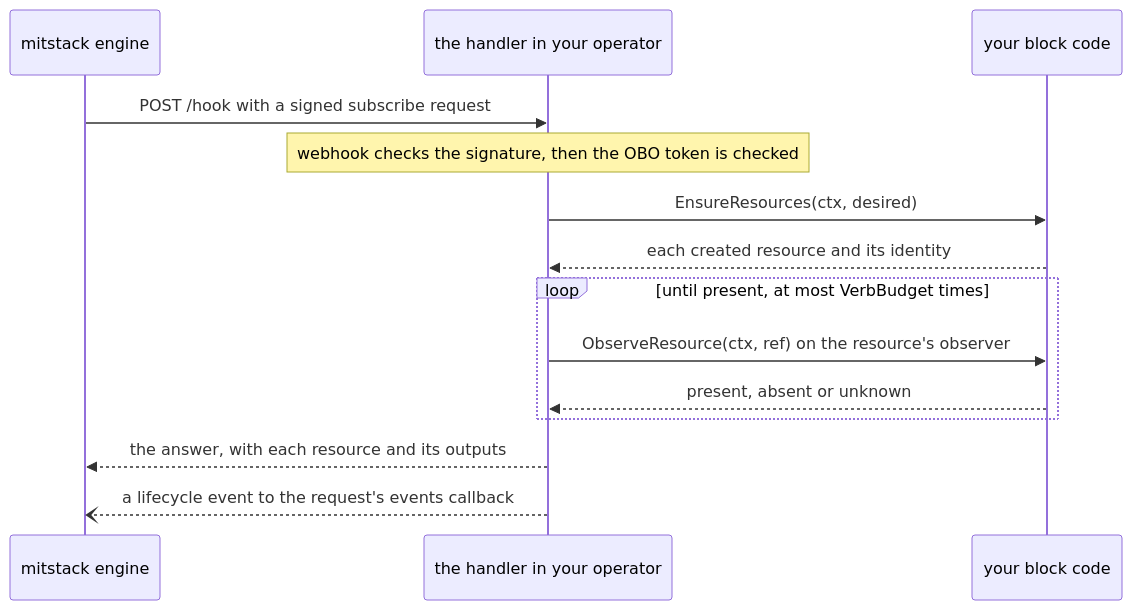
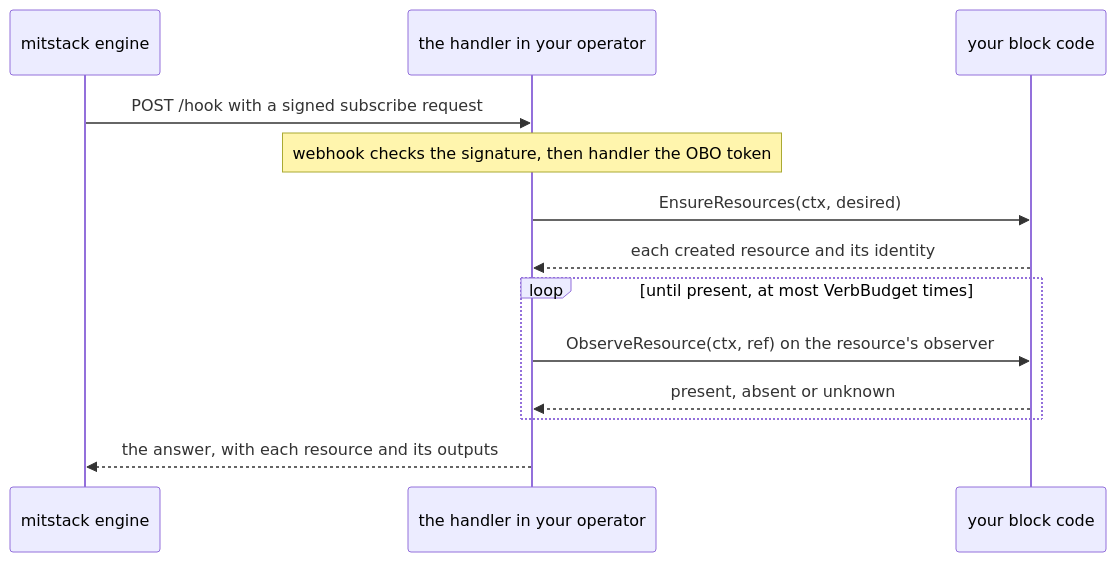
One commit to mitstack-eu/block-kit changed the diagram in README.md. Above: the diagram before and after it, drawn with Mermaid. The commit also changed other lines of this file, not shown here.

Commit message:
MIT-5245: the README answers its second cold read: who checks the OBO token, what an observer returns, what observe.Tagged and helpers/safe are for, and where the type catalogue is read

````diff
--- a/README.md
+++ b/README.md
@@ -35,16 +35,15 @@
 ```mermaid
 sequenceDiagram
     participant E as mitstack engine
     participant H as the handler in your operator
     participant B as your block code
     E->>H: POST /hook with a signed subscribe request
-    Note over H: webhook checks the signature, then the OBO token is checked
+    Note over H: webhook checks the signature, then handler the OBO token
     H->>B: EnsureResources(ctx, desired)
     B-->>H: each created resource and its identity
     loop until present, at most VerbBudget times
         H->>B: ObserveResource(ctx, ref) on the resource's observer
         B-->>H: present, absent or unknown
     end
     H-->>E: the answer, with each resource and its outputs
-    H--)E: a lifecycle event to the request's events callback
 ```
````
